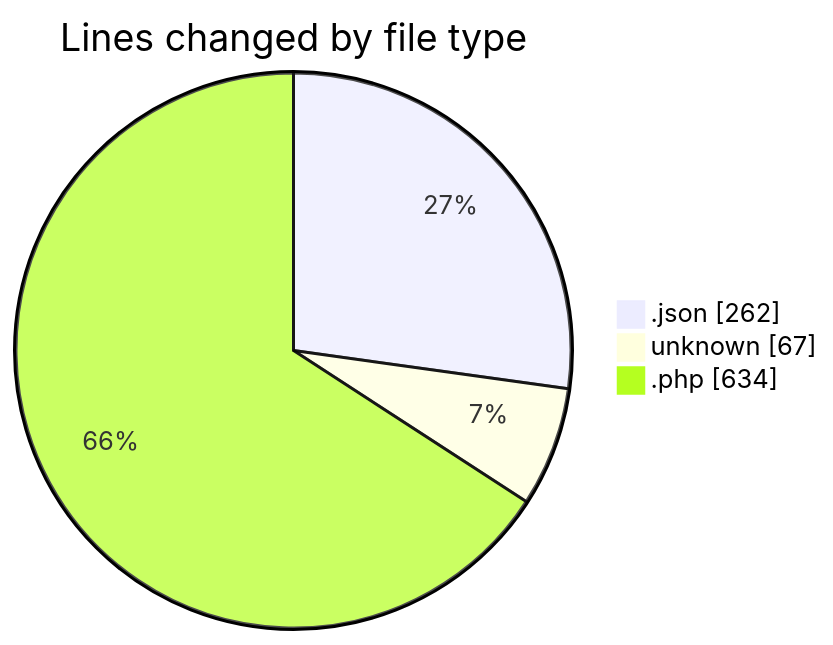
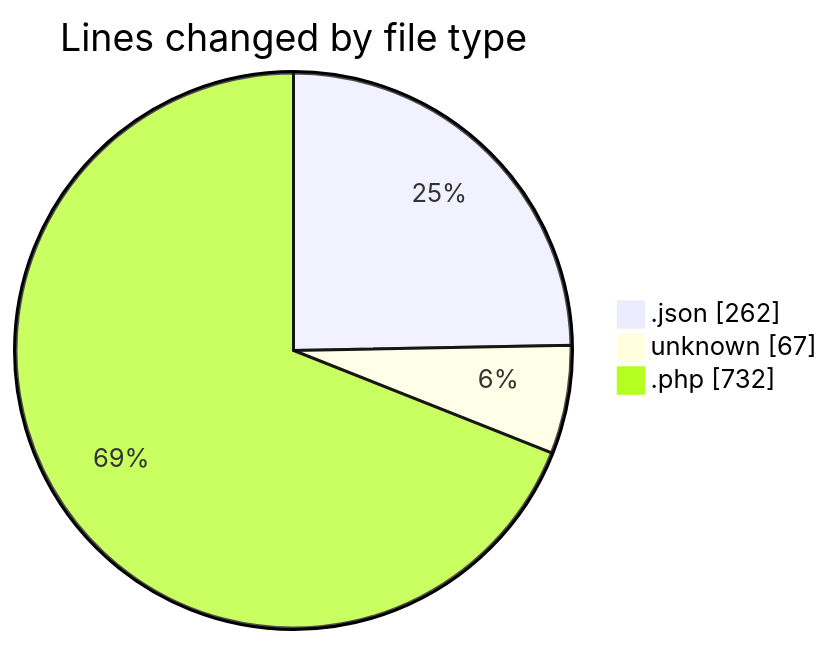
The first of 2 diagrams in 2025-10-05/laravel-penyewaan-lapangan-futsal/README.md (idhammustaqopulfikri/code-tracking), drawn with Mermaid before and after one commit. The commit also changed other lines of this file and 1 other file, not shown here.

````diff
--- a/2025-10-05/laravel-penyewaan-lapangan-futsal/README.md
+++ b/2025-10-05/laravel-penyewaan-lapangan-futsal/README.md
@@ -27,7 +27,7 @@
 ```mermaid
 pie showData
 title Lines changed by file type
 ".json" : 262
 "unknown" : 67
-".php" : 634
+".php" : 732
 ```
````
